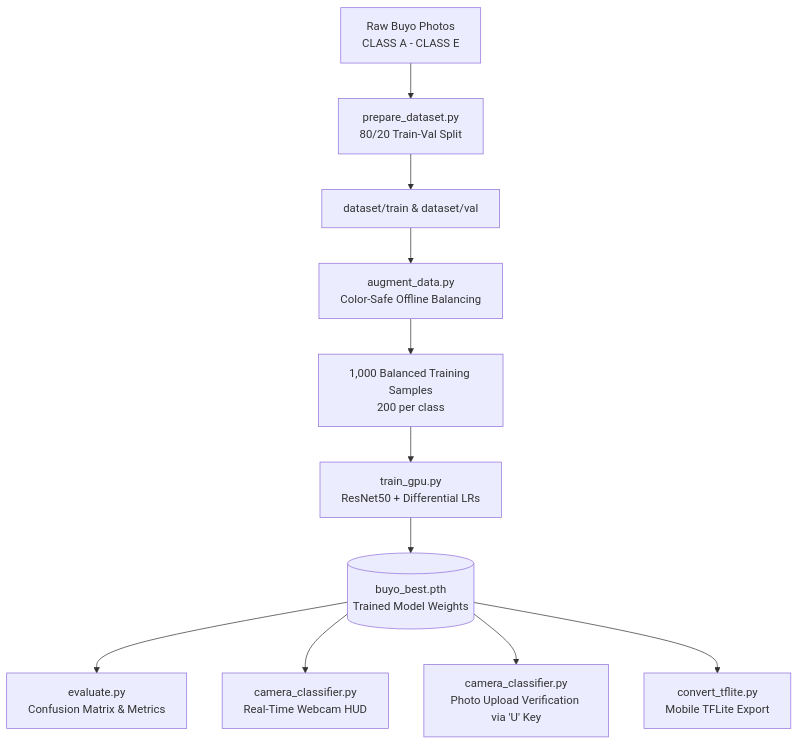
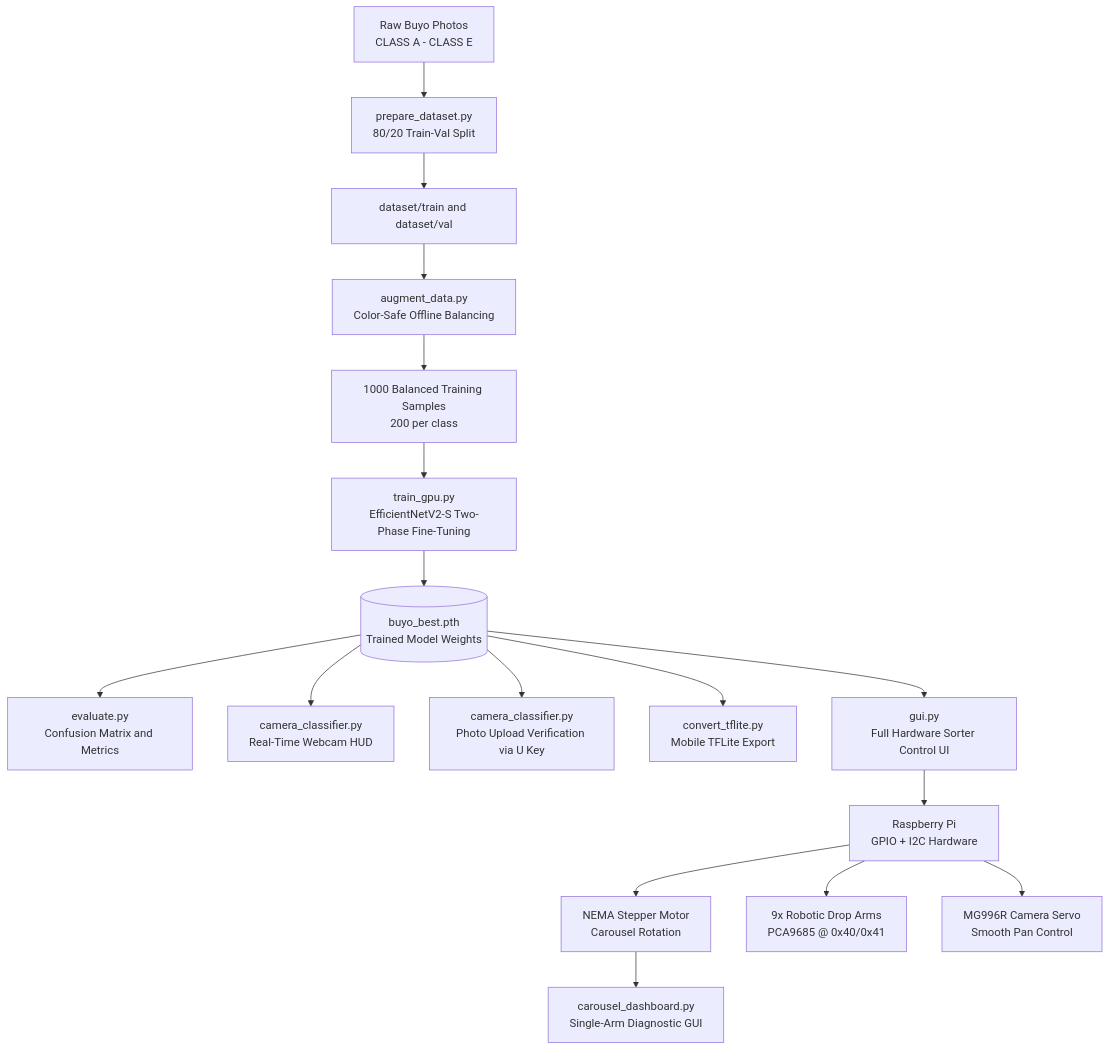
The diagram in README.md (jkabonita/Buyo-Leaf-Classifier), drawn with Mermaid before and after one commit. The commit also changed other lines of this file, not shown here.

Commit message:
docs: Update README with EfficientNetV2-S architecture, gui.py and carousel_dashboard.py hardware modules

````diff
--- a/README.md
+++ b/README.md
@@ -37,13 +41,19 @@
 ```mermaid
 flowchart TD
     A[Raw Buyo Photos<br/>CLASS A - CLASS E] --> B[prepare_dataset.py<br/>80/20 Train-Val Split]
-    B --> C[dataset/train & dataset/val]
+    B --> C[dataset/train and dataset/val]
     C --> D[augment_data.py<br/>Color-Safe Offline Balancing]
-    D --> E[1,000 Balanced Training Samples<br/>200 per class]
-    E --> F[train_gpu.py<br/>ResNet50 + Differential LRs]
+    D --> E[1000 Balanced Training Samples<br/>200 per class]
+    E --> F[train_gpu.py<br/>EfficientNetV2-S Two-Phase Fine-Tuning]
     F --> G[(buyo_best.pth<br/>Trained Model Weights)]
-    G --> H[evaluate.py<br/>Confusion Matrix & Metrics]
+    G --> H[evaluate.py<br/>Confusion Matrix and Metrics]
     G --> I[camera_classifier.py<br/>Real-Time Webcam HUD]
-    G --> J[camera_classifier.py<br/>Photo Upload Verification via 'U' Key]
+    G --> J[camera_classifier.py<br/>Photo Upload Verification via U Key]
     G --> K[convert_tflite.py<br/>Mobile TFLite Export]
+    G --> L[gui.py<br/>Full Hardware Sorter Control UI]
+    L --> M[Raspberry Pi<br/>GPIO + I2C Hardware]
+    M --> N[NEMA Stepper Motor<br/>Carousel Rotation]
+    M --> O[9x Robotic Drop Arms<br/>PCA9685 @ 0x40/0x41]
+    M --> P[MG996R Camera Servo<br/>Smooth Pan Control]
+    N --> Q[carousel_dashboard.py<br/>Single-Arm Diagnostic GUI]
 ```
````
